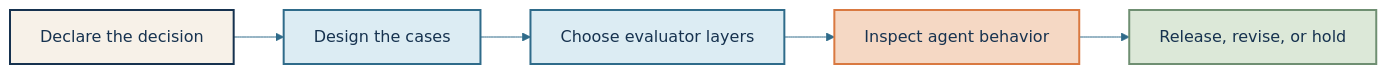
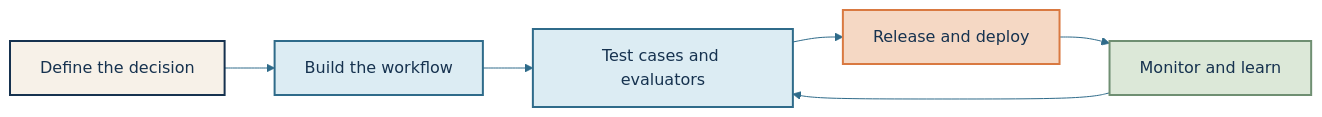
One commit to julie-elkins/claude-evaluation-lab changed the first of 21 diagrams in GUIDE.md. Above: the diagram before and after it, drawn with Mermaid. The commit also changed other lines of this file and 13 other files, not shown here.

````diff
--- a/GUIDE.md
+++ b/GUIDE.md
@@ -20,16 +20,17 @@
 ```mermaid
 %%{init: {"theme":"base","themeVariables":{"background":"#F7F1E8","primaryTextColor":"#16324F","lineColor":"#2F6B8A","fontFamily":"ui-sans-serif, system-ui, sans-serif"}}}%%
 flowchart LR
-    A["Declare the decision"] --> B["Design the cases"]
-    B --> C["Choose evaluator layers"]
-    C --> D["Inspect agent behavior"]
-    D --> E["Release, revise, or hold"]
+    A["Define the decision"] --> B["Build the workflow"]
+    B --> C["Test cases and evaluators"]
+    C --> D["Release and deploy"]
+    D --> E["Monitor and learn"]
+    E --> C
     classDef cream fill:#F7F1E8,stroke:#16324F,color:#16324F,stroke-width:2px
     classDef blue fill:#DCECF3,stroke:#2F6B8A,color:#16324F,stroke-width:2px
     classDef orange fill:#F5D8C4,stroke:#D97941,color:#16324F,stroke-width:2px
     classDef sage fill:#DCE8D8,stroke:#6F8F72,color:#16324F,stroke-width:2px
     class A cream
     class B,C blue
     class D orange
     class E sage
 ```
````
